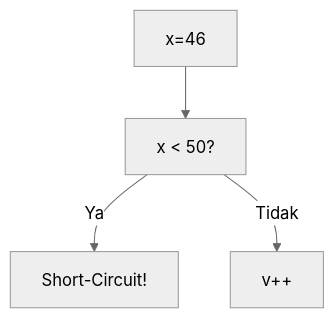
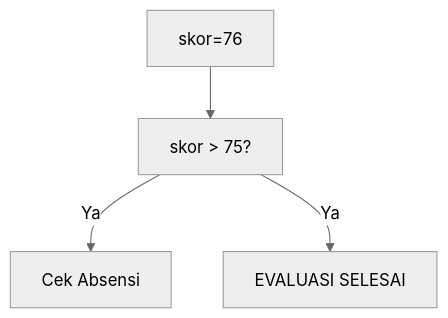
Before and after one commit to amnahwaida/OSNK_INF_PREP: the tenth of 25 diagrams in part-c-pemahaman-cpp/02-percabangan/latihan/set-08.md, drawn with Mermaid (neutral theme). The commit also changed other lines of this file and 71 other files, not shown here.

````diff
--- a/part-c-pemahaman-cpp/02-percabangan/latihan/set-08.md
+++ b/part-c-pemahaman-cpp/02-percabangan/latihan/set-08.md
@@ -274,6 +288,6 @@
 ```mermaid
 graph TD
-A["x=46"] --> B["x < 50?"]
-B -- Ya --> C["Short-Circuit!"]
-B -- Tidak --> D["v++"]
+A["skor=76"] --> B["skor > 75?"]
+B -- Ya --> C["Cek Absensi"]
+B -- Ya --> D["EVALUASI SELESAI"]
 ```
````
